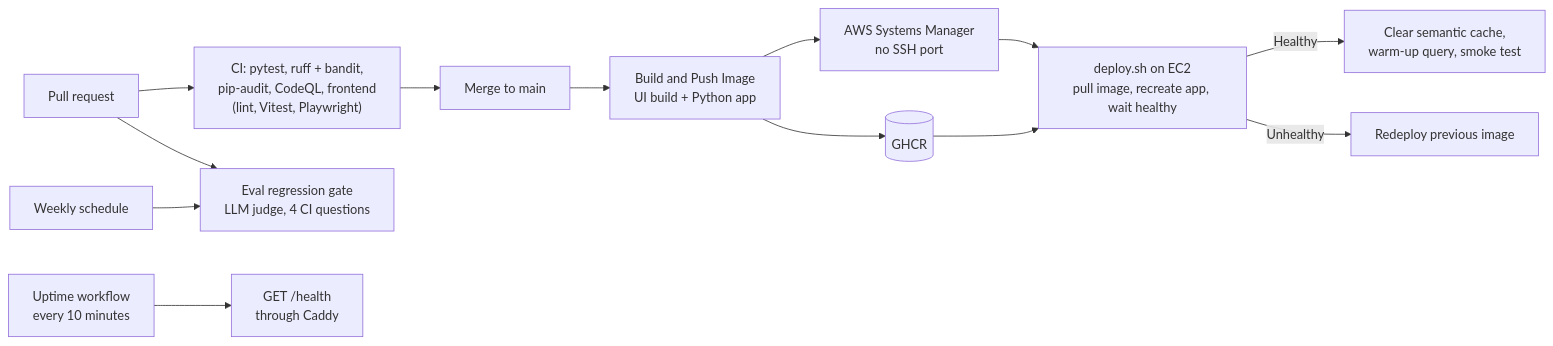
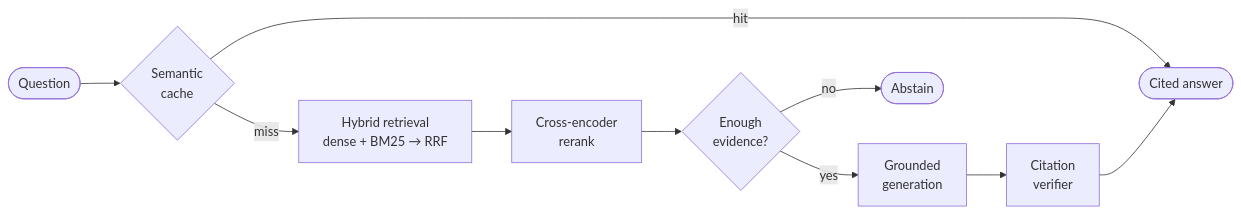
Before and after one commit to yashbhosale789/Personal-Knowledge-RAG: the diagram in README.md, drawn with Mermaid. The commit also changed other lines of this file and 11 other files, not shown here.

First line of the commit message:
docs: lean README; move detail to ARCHITECTURE, EVALUATION, OPERATIONS, API, DEVELOPMENT

````diff
--- a/README.md
+++ b/README.md
@@ -171,15 +36,12 @@
 ```mermaid
 flowchart LR
-    PR["Pull request"] --> CI["CI: pytest, ruff + bandit,<br/>pip-audit, CodeQL, frontend<br/>(lint, Vitest, Playwright)"]
-    PR --> Gate["Eval regression gate<br/>LLM judge, 4 CI questions"]
-    Weekly["Weekly schedule"] --> Gate
-    CI --> Main["Merge to main"]
-    Main --> Build["Build and Push Image<br/>UI build + Python app"]
-    Build --> GHCR[("GHCR")]
-    Build --> SSM["AWS Systems Manager<br/>no SSH port"]
-    SSM --> Deploy["deploy.sh on EC2<br/>pull image, recreate app, wait healthy"]
-    GHCR --> Deploy
-    Deploy -- Healthy --> Warm["Clear semantic cache,<br/>warm-up query, smoke test"]
-    Deploy -- Unhealthy --> Rollback["Redeploy previous image"]
-    Uptime["Uptime workflow<br/>every 10 minutes"] --> Health["GET /health<br/>through Caddy"]
+    Q(["Question"]) --> C{"Semantic<br/>cache"}
+    C -- hit --> A(["Cited answer"])
+    C -- miss --> R["Hybrid retrieval<br/>dense + BM25 → RRF"]
+    R --> RR["Cross-encoder<br/>rerank"]
+    RR --> G{"Enough<br/>evidence?"}
+    G -- no --> X(["Abstain"])
+    G -- yes --> L["Grounded<br/>generation"]
+    L --> V["Citation<br/>verifier"]
+    V --> A
 ```
````
